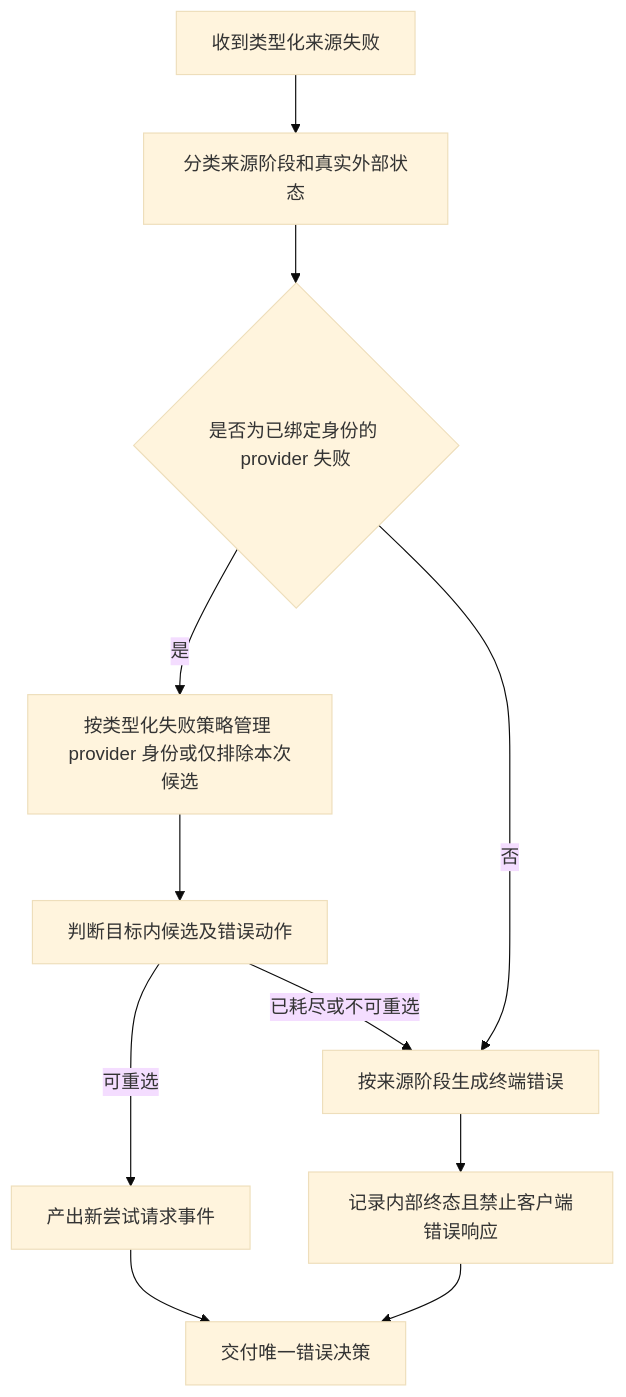
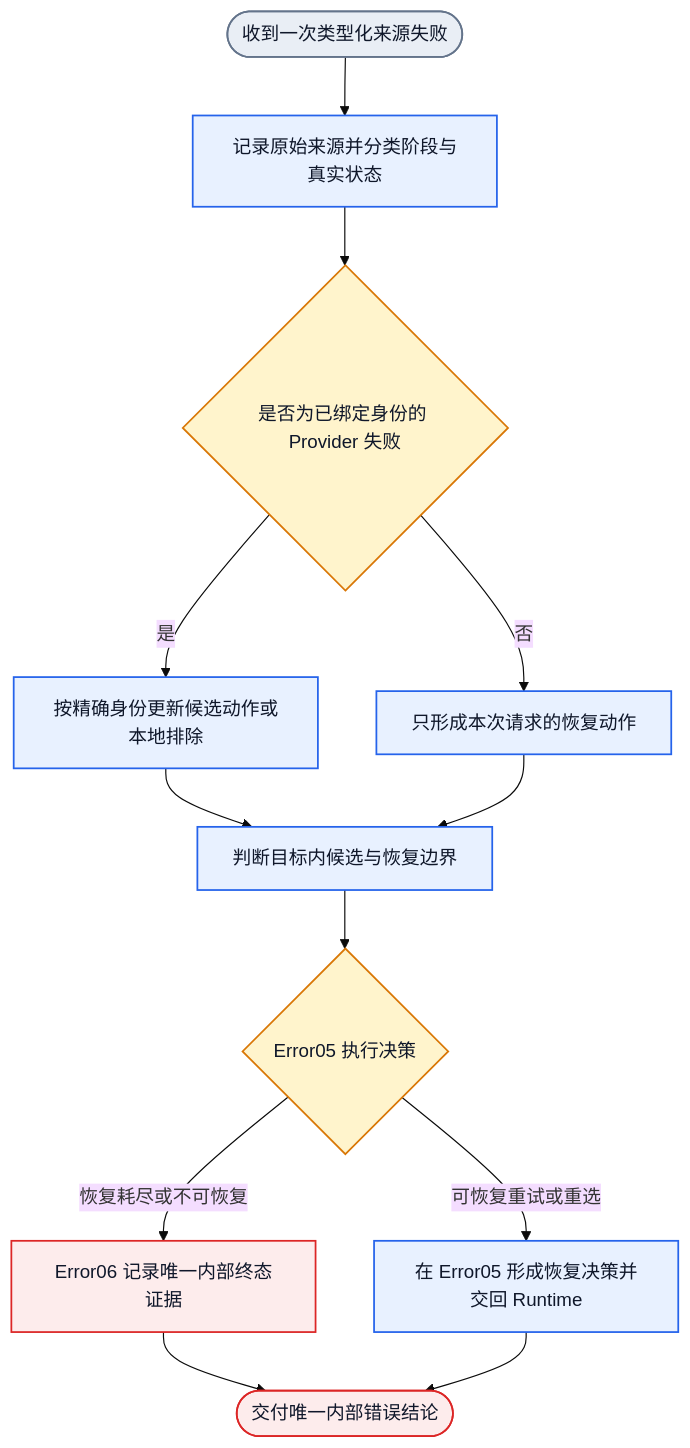
The third of 4 diagrams in docs/architecture/dagpipe/v3-proxy-pipeline-target.md (Jasonzhangf/routecodex), drawn with Mermaid (base theme) before and after one commit. The commit also changed other lines of this file and 8 other files, not shown here.

````diff
--- a/docs/architecture/dagpipe/v3-proxy-pipeline-target.md
+++ b/docs/architecture/dagpipe/v3-proxy-pipeline-target.md
@@ -88,13 +101,20 @@
 ```mermaid
 flowchart TD
-  A[收到类型化来源失败] --> B[分类来源阶段和真实外部状态]
-  B --> C{是否为已绑定身份的 provider 失败}
-  C -->|是| D[按类型化失败策略管理 provider 身份或仅排除本次候选]
-  D --> E[判断目标内候选及错误动作]
-  C -->|否| F[按来源阶段生成终端错误]
-  E -->|可重选| G[产出新尝试请求事件]
-  E -->|已耗尽或不可重选| F
-  F --> H[记录内部终态且禁止客户端错误响应]
-  G --> I[交付唯一错误决策]
-  H --> I
+  A([收到一次类型化来源失败]):::boundary --> B[记录原始来源并分类阶段与真实状态]:::action
+  B --> C{是否为已绑定身份的 Provider 失败}:::decision
+  C -->|是| D[按精确身份更新候选动作或本地排除]:::action
+  C -->|否| E[只形成本次请求的恢复动作]:::action
+  D --> F[判断目标内候选与恢复边界]:::action
+  E --> F
+  F --> G{Error05 执行决策}:::decision
+  G -->|可恢复重试或重选| H[在 Error05 形成恢复决策并交回 Runtime]:::action
+  G -->|恢复耗尽或不可恢复| I[Error06 记录唯一内部终态证据]:::failure
+  I --> J([交付唯一内部错误结论]):::failure
+  H --> J
+
+  classDef boundary fill:#E9EEF5,stroke:#64748B,color:#0F172A,stroke-width:1.5px
+  classDef action fill:#E8F1FF,stroke:#2563EB,color:#0F172A,stroke-width:1.5px
+  classDef decision fill:#FFF4CC,stroke:#D97706,color:#0F172A,stroke-width:1.5px
+  classDef success fill:#E8F7EE,stroke:#16A34A,color:#0F172A,stroke-width:1.5px
+  classDef failure fill:#FDECEC,stroke:#DC2626,color:#0F172A,stroke-width:1.5px
 ```
````
